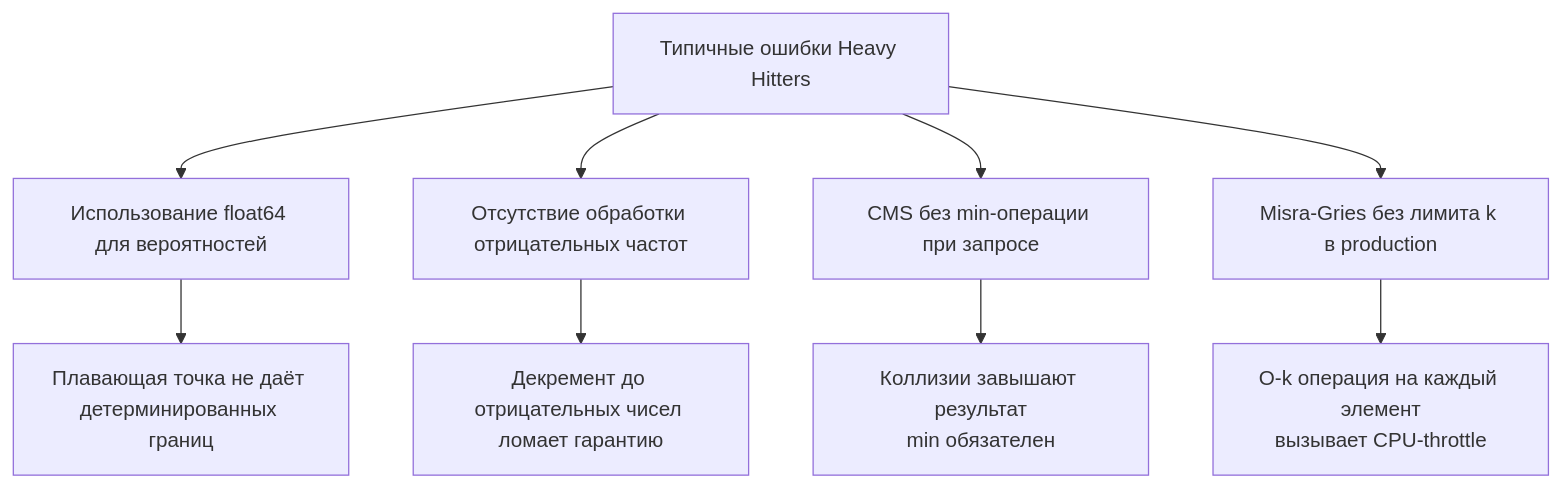
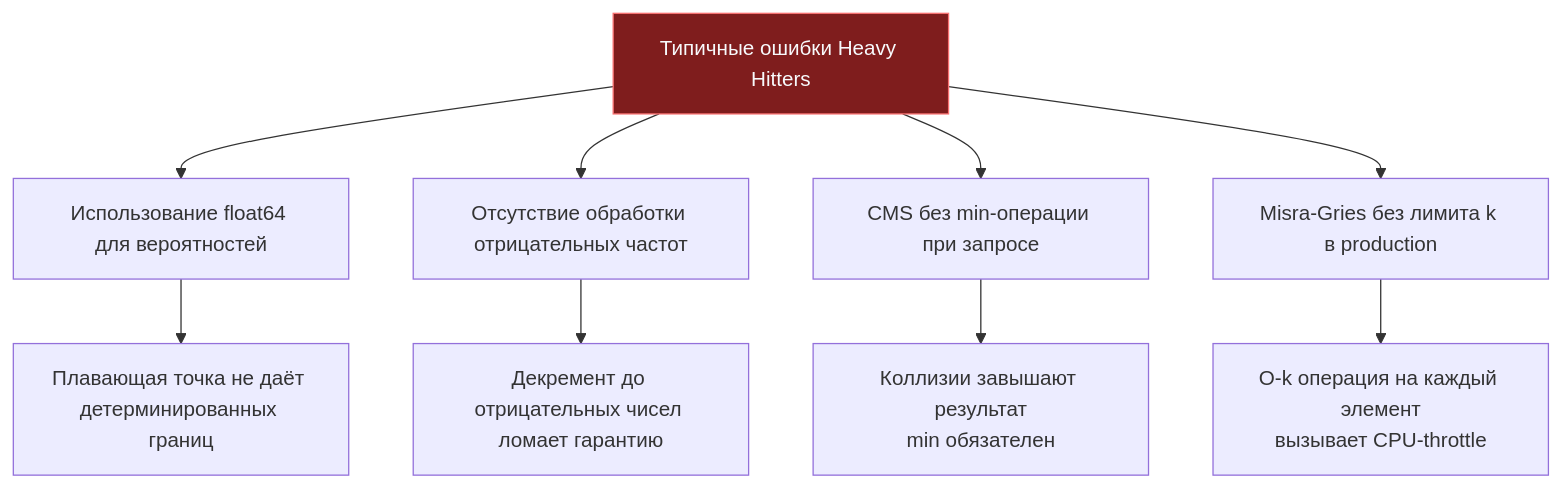
Before and after one commit to UnrealTemplier/go-textbook: the third of 3 diagrams in sources/21. Задачи с LeetCode и собеседований на Go/02. Задачи/28. Потоковые алгоритмы/2. Heavy hitters.md, drawn with Mermaid. The commit also changed other lines of this file and 1666 other files, not shown here.

First line of the commit message:
feat(mermaid): add semantic color classDef to 1369 colorless flowchart/graph diagrams

````diff
--- a/sources/21. Задачи с LeetCode и собеседований на Go/02. Задачи/28. Потоковые алгоритмы/2. Heavy hitters.md
+++ b/sources/21. Задачи с LeetCode и собеседований на Go/02. Задачи/28. Потоковые алгоритмы/2. Heavy hitters.md
@@ -210,12 +230,22 @@
 ```mermaid
 flowchart TD
-  A["Типичные ошибки Heavy Hitters"] --> B["Использование float64 для вероятностей"]
+    classDef process  fill:#1e293b,stroke:#38bdf8,stroke-width:1px,color:#f8fafc
+    classDef success  fill:#064e3b,stroke:#34d399,stroke-width:1px,color:#f8fafc
+    classDef error    fill:#7f1d1d,stroke:#f87171,stroke-width:1px,color:#f8fafc
+    classDef warning  fill:#78350f,stroke:#fbbf24,stroke-width:1px,color:#f8fafc
+    classDef entry    fill:#1e3a5f,stroke:#38bdf8,stroke-width:2px,color:#f8fafc
+    classDef aux      fill:#334155,stroke:#64748b,stroke-width:1px,color:#f8fafc
+    classDef system   fill:#312e81,stroke:#a78bfa,stroke-width:1px,color:#f8fafc
+    classDef data     fill:#132d29,stroke:#2dd4bf,stroke-width:1px,color:#f8fafc
+    classDef network  fill:#881337,stroke:#fb7185,stroke-width:1px,color:#f8fafc
+    classDef accent   fill:#1e1b4b,stroke:#818cf8,stroke-width:1px,color:#f8fafc
+  A["Типичные ошибки Heavy Hitters"]:::error --> B["Использование float64 для вероятностей"]
   A --> C["Отсутствие обработки отрицательных частот"]
   A --> D["CMS без min-операции при запросе"]
   A --> E["Misra-Gries без лимита k в production"]
   
   B --> F["Плавающая точка не даёт детерминированных границ"]
   C --> G["Декремент до отрицательных чисел ломает гарантию"]
   D --> H["Коллизии завышают результат<br>min обязателен"]
   E --> I["O-k операция на каждый элемент<br>вызывает CPU-throttle"]
 ```
````
